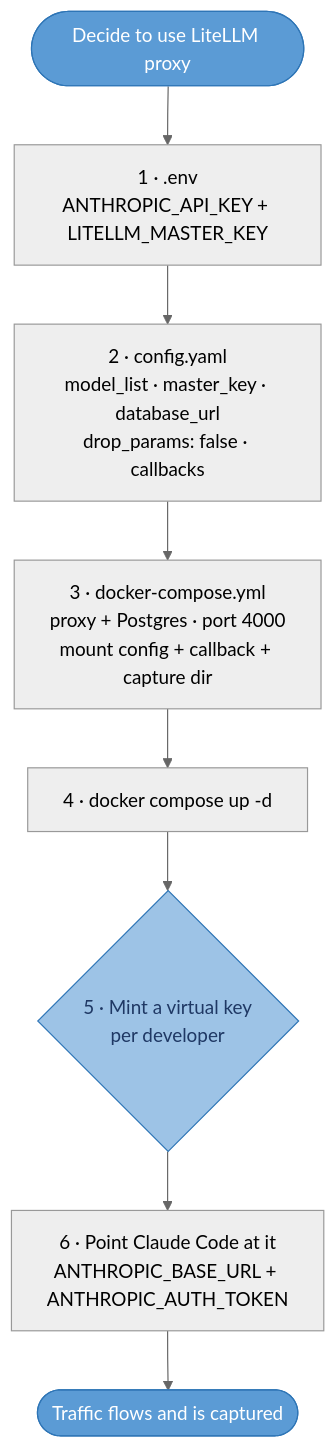
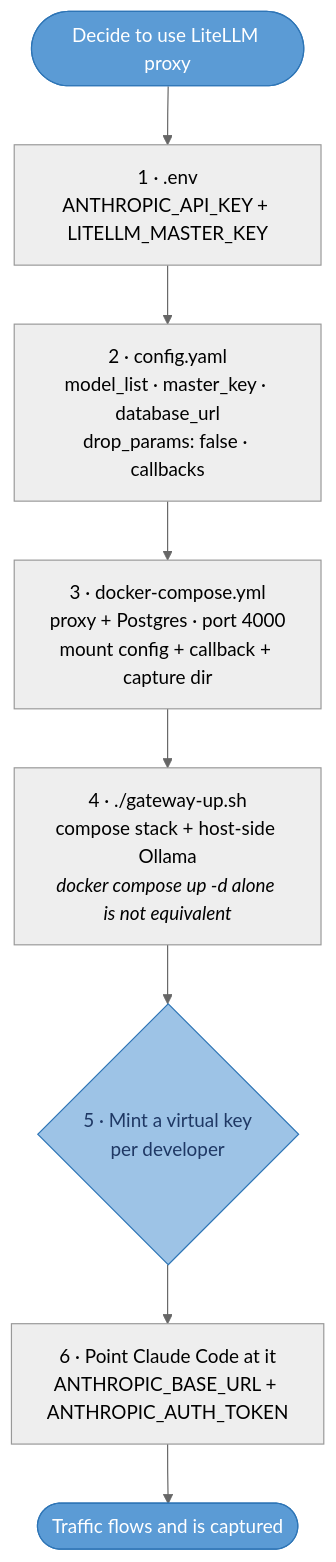
Before and after one commit to EmumbaOrg/control-plane-gateway: the sixth of 6 diagrams in docs/GATEWAY-OVERVIEW.md, drawn with Mermaid (neutral theme). The commit also changed other lines of this file and 7 other files, not shown here.

````diff
--- a/docs/GATEWAY-OVERVIEW.md
+++ b/docs/GATEWAY-OVERVIEW.md
@@ -363,14 +369,14 @@
 ```mermaid
 flowchart TD
     A([Decide to use LiteLLM proxy]) --> B[1 · .env<br/>ANTHROPIC_API_KEY + LITELLM_MASTER_KEY]
     B --> C[2 · config.yaml<br/>model_list · master_key · database_url<br/>drop_params: false · callbacks]
     C --> D[3 · docker-compose.yml<br/>proxy + Postgres · port 4000<br/>mount config + callback + capture dir]
-    D --> E[4 · docker compose up -d]
+    D --> E["4 · ./gateway-up.sh<br/>compose stack + host-side Ollama<br/><i>docker compose up -d alone is not equivalent</i>"]
     E --> F{5 · Mint a virtual key<br/>per developer}
     F --> G[6 · Point Claude Code at it<br/>ANTHROPIC_BASE_URL + ANTHROPIC_AUTH_TOKEN]
     G --> H([Traffic flows and is captured])
 
     style A fill:#5b9bd5,stroke:#2e75b6,color:#fff
     style H fill:#5b9bd5,stroke:#2e75b6,color:#fff
     style F fill:#9dc3e6,stroke:#2e75b6,color:#1f3864
 ```
````
